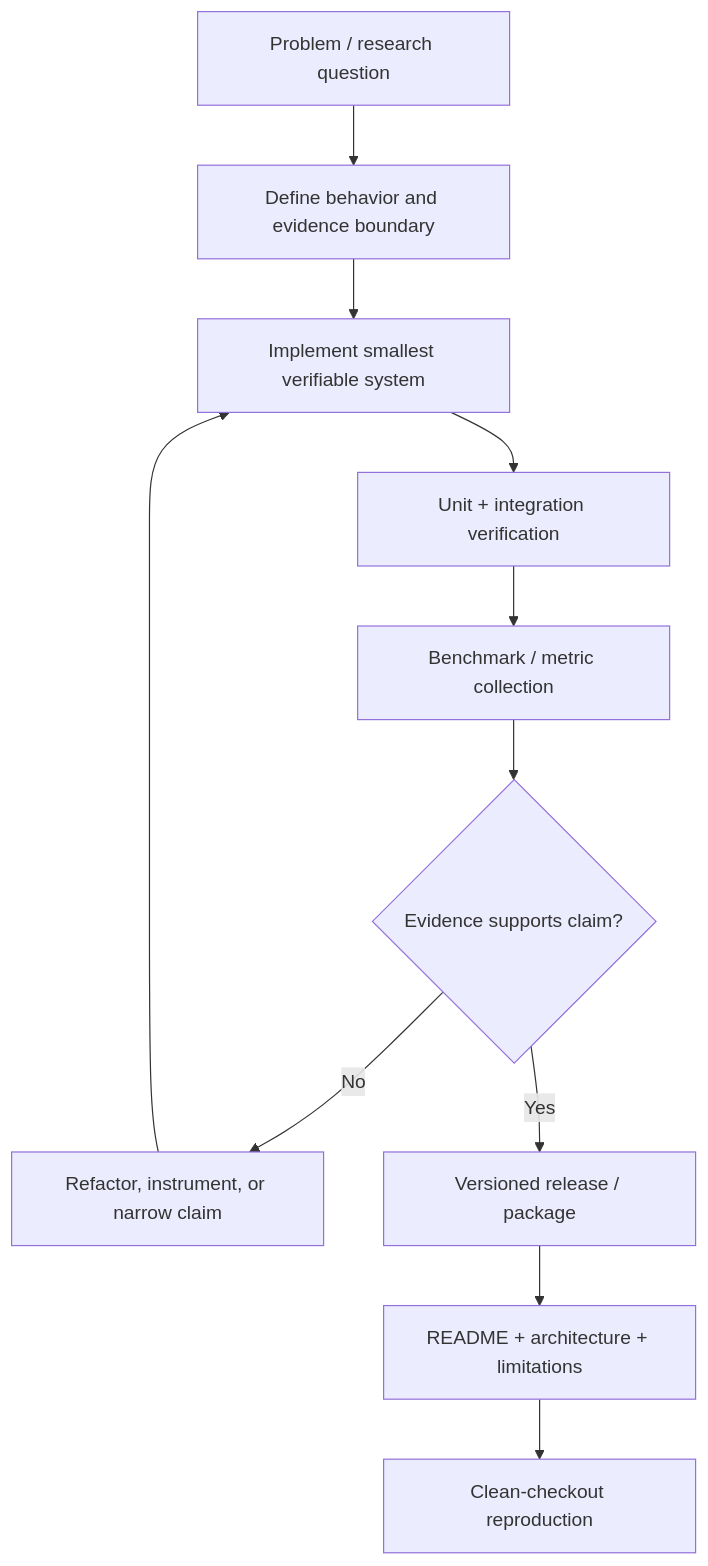
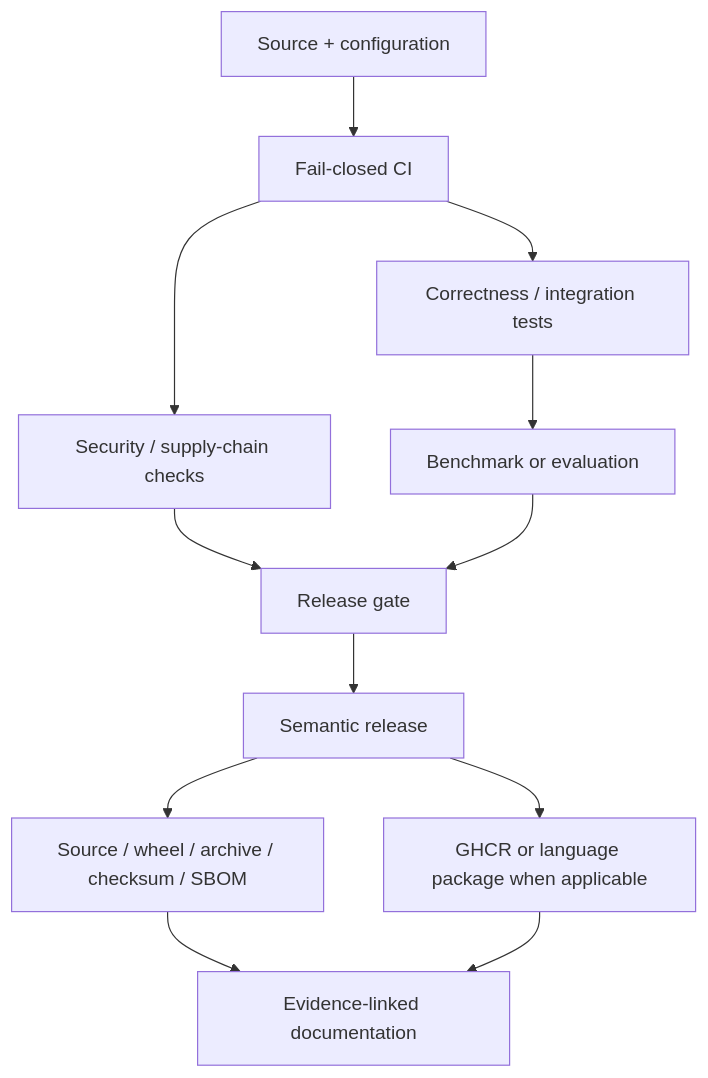
The second of 2 diagrams in README.md (Trojan3877/Readme.md), drawn with Mermaid before and after one commit. The commit also changed other lines of this file and 1 other file, not shown here.

First line of the commit message:
docs: strengthen portfolio claims with evidence ledger

````diff
--- a/README.md
+++ b/README.md
@@ -48,13 +117,14 @@
 ```mermaid
 flowchart TD
-    Idea["Problem / research question"] --> Contract["Define behavior and evidence boundary"]
-    Contract --> Build["Implement smallest verifiable system"]
-    Build --> Test["Unit + integration verification"]
-    Test --> Measure["Benchmark / metric collection"]
-    Measure --> Review{"Evidence supports claim?"}
-    Review -->|No| Refine["Refactor, instrument, or narrow claim"]
-    Refine --> Build
-    Review -->|Yes| Package["Versioned release / package"]
-    Package --> Document["README + architecture + limitations"]
-    Document --> Reproduce["Clean-checkout reproduction"]
+    SRC["Source + configuration"] --> CI["Fail-closed CI"]
+    CI --> TEST["Correctness / integration tests"]
+    CI --> SEC["Security / supply-chain checks"]
+    TEST --> MEASURE["Benchmark or evaluation"]
+    SEC --> GATE["Release gate"]
+    MEASURE --> GATE
+    GATE --> REL["Semantic release"]
+    REL --> ART["Source / wheel / archive / checksum / SBOM"]
+    REL --> PKG["GHCR or language package when applicable"]
+    ART --> DOC["Evidence-linked documentation"]
+    PKG --> DOC
 ```
````
